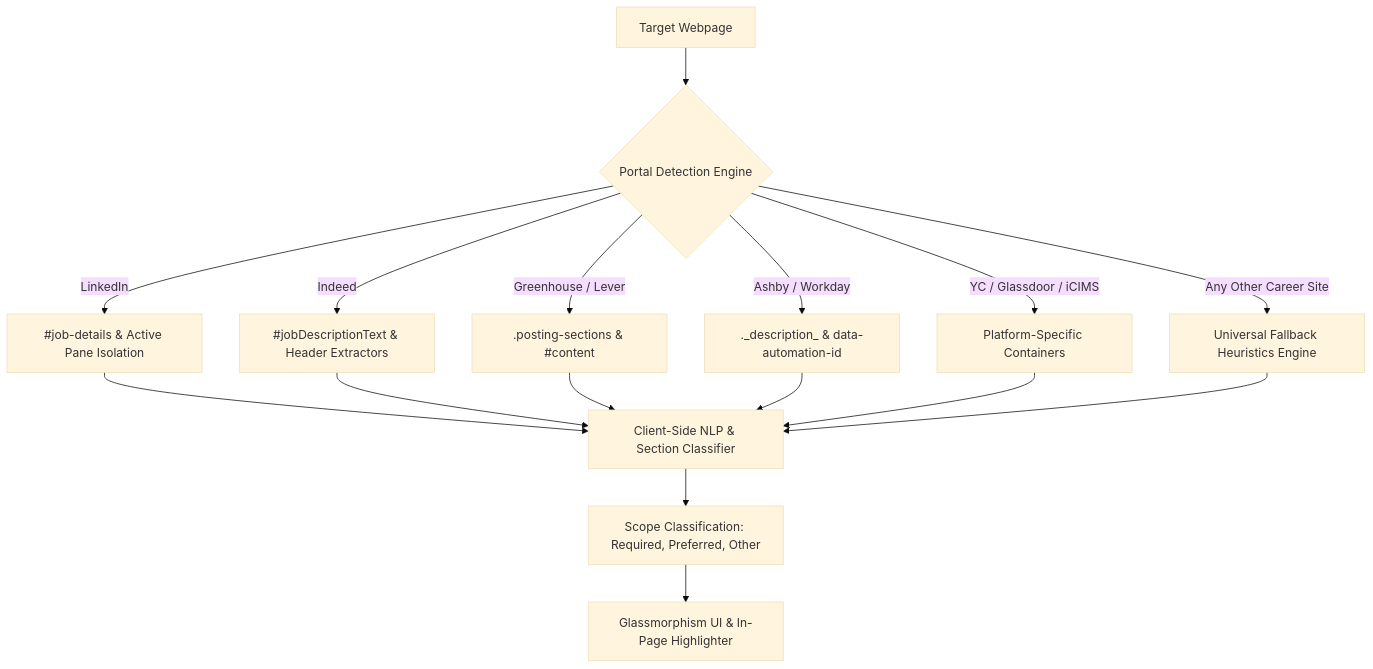
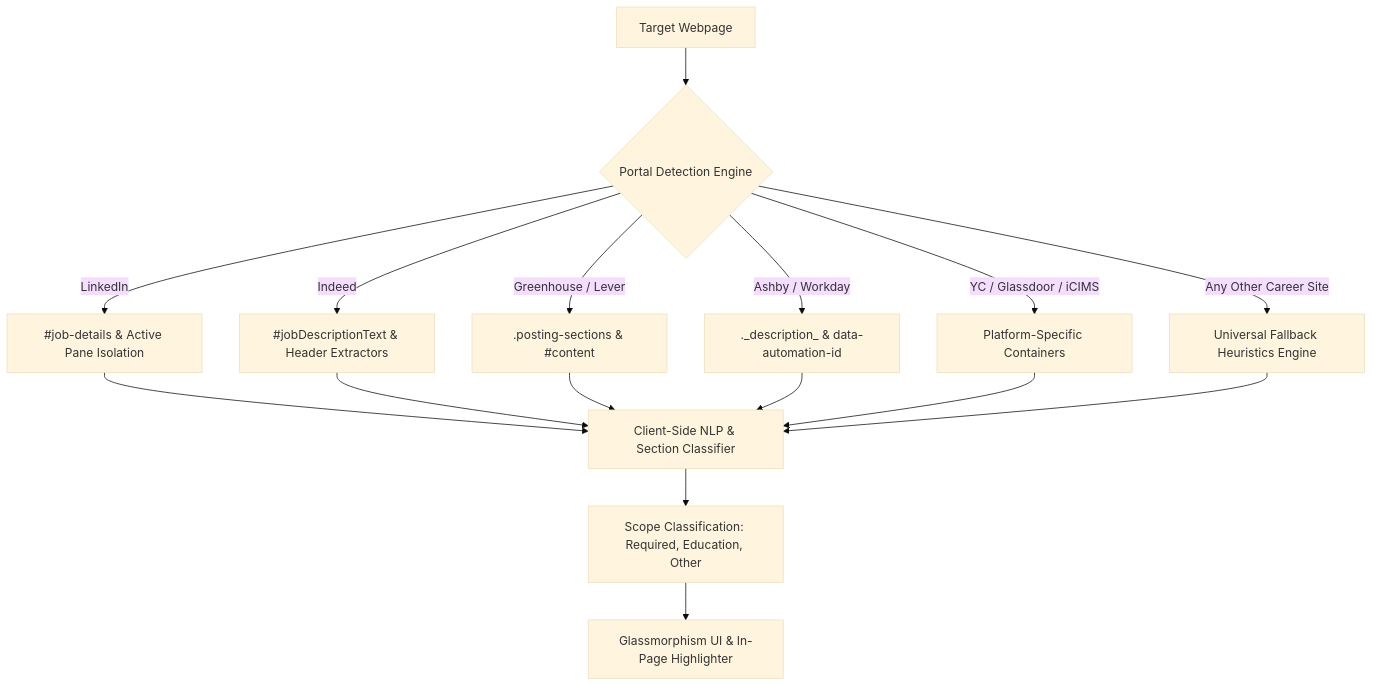
The second of 2 diagrams in README.md (saitarrun/resume-keyword-extractor), drawn with Mermaid (base theme) before and after one commit. The commit also changed other lines of this file and 6 other files, not shown here.

Commit message:
Replace Preferred tab with Education tab and dedicated Degree ontology classifier

````diff
--- a/README.md
+++ b/README.md
@@ -122,13 +122,13 @@
 ```mermaid
 graph TD
     A["Target Webpage"] --> B{"Portal Detection Engine"}
     B -->|LinkedIn| C["#job-details & Active Pane Isolation"]
     B -->|Indeed| D["#jobDescriptionText & Header Extractors"]
     B -->|Greenhouse / Lever| E[".posting-sections & #content"]
     B -->|Ashby / Workday| F["._description_ & data-automation-id"]
     B -->|YC / Glassdoor / iCIMS| G["Platform-Specific Containers"]
     B -->|Any Other Career Site| H["Universal Fallback Heuristics Engine"]
     C & D & E & F & G & H --> I["Client-Side NLP & Section Classifier"]
-    I --> J["Scope Classification: Required, Preferred, Other"]
+    I --> J["Scope Classification: Required, Education, Other"]
     J --> K["Glassmorphism UI & In-Page Highlighter"]
 ```
````
